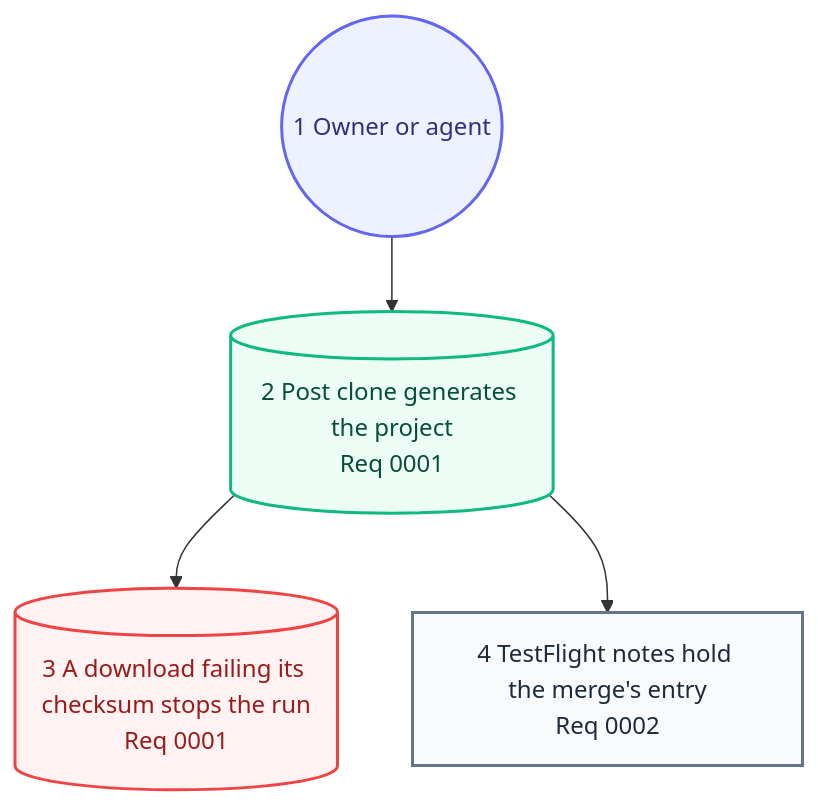
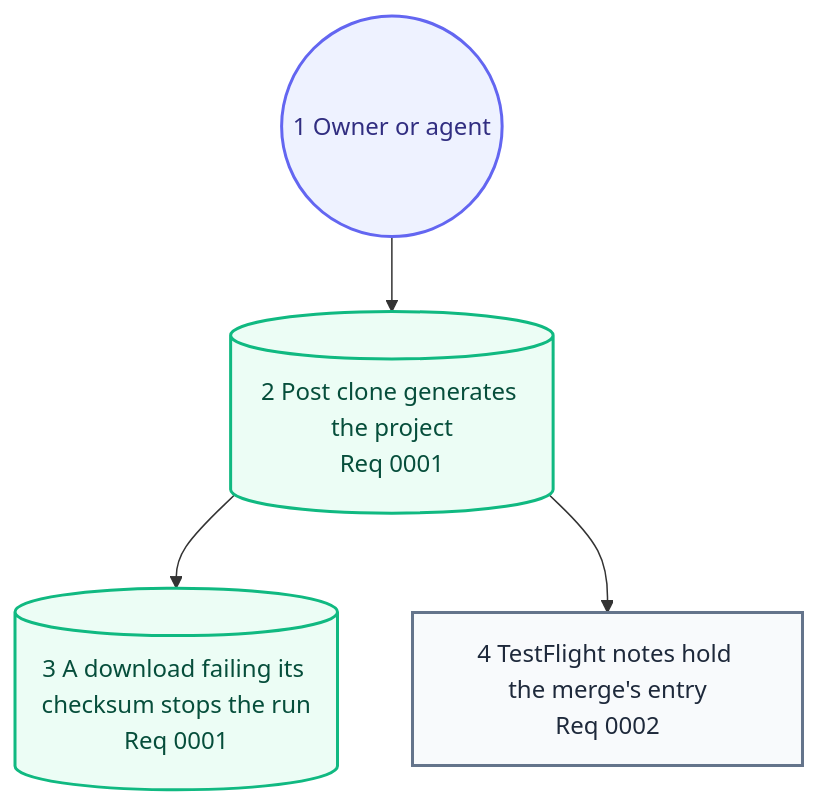
One commit to may-journal/xcode-tooling changed the second of 2 diagrams in docs/architecture/05-user-journey.md. Above: the diagram before and after it, drawn with Mermaid. The commit also changed other lines of this file and 5 other files, not shown here.

First line of the commit message:
docs(architecture): bring the views to the per-level form and palette (#7)

````diff
--- a/docs/architecture/05-user-journey.md
+++ b/docs/architecture/05-user-journey.md
@@ -37,17 +36,16 @@
 ```mermaid
 flowchart TB
     owner((1 Owner or agent)):::persona
     clone[(2 Post clone generates the project<br/>Req 0001)]:::system
-    mismatch[(3 A download failing its checksum stops the run<br/>Req 0001)]:::blocked
+    mismatch[(3 A download failing its checksum stops the run<br/>Req 0001)]:::system
     notes[4 TestFlight notes hold the merge's entry<br/>Req 0002]:::screen
 
     owner --> clone
     clone --> mismatch
     clone --> notes
 
     classDef persona fill:#eef2ff,stroke:#6366f1,color:#312e81,stroke-width:2px
     classDef screen fill:#f8fafc,stroke:#64748b,color:#1e293b,stroke-width:2px
     classDef action fill:#fff7ed,stroke:#f97316,color:#9a3412,stroke-width:2px
     classDef system fill:#ecfdf5,stroke:#10b981,color:#064e3b,stroke-width:2px
-    classDef blocked fill:#fef2f2,stroke:#ef4444,color:#991b1b,stroke-width:2px
 ```
````
